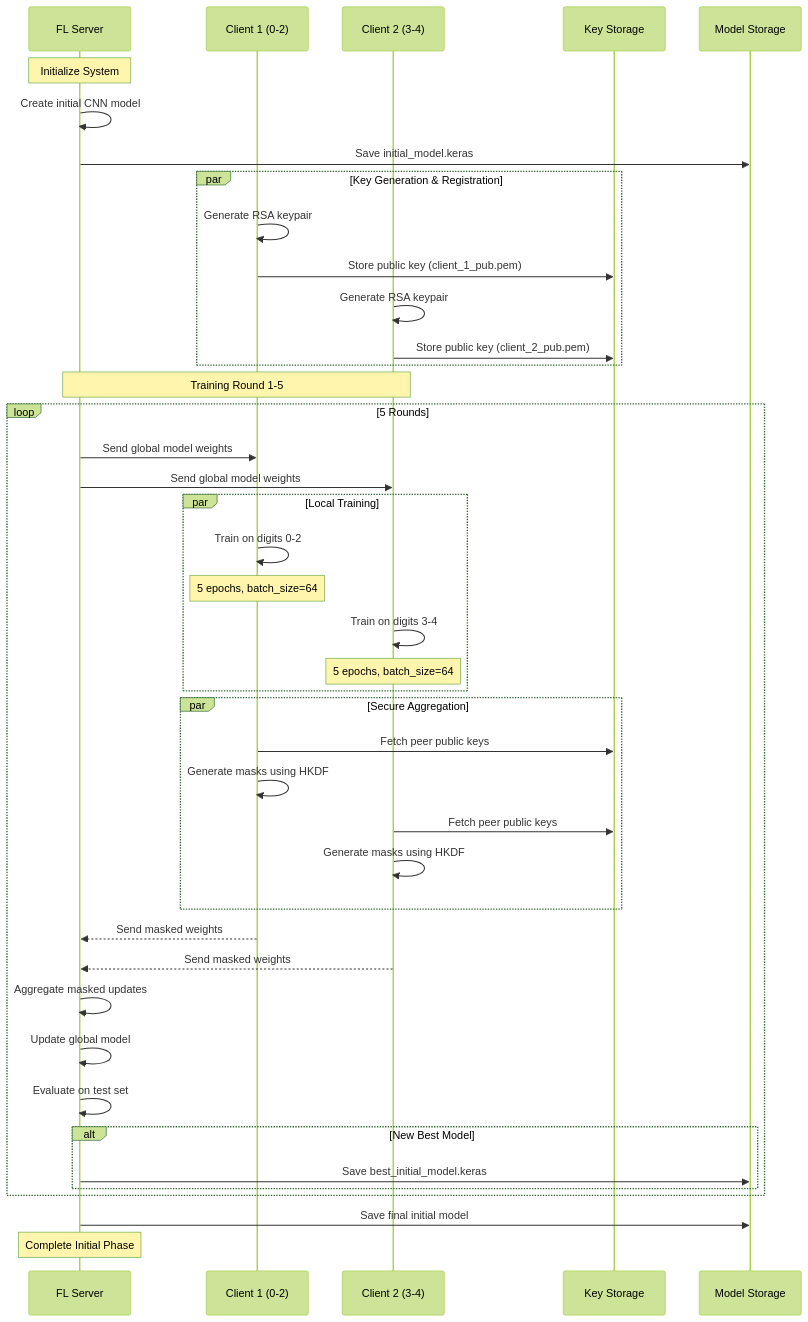
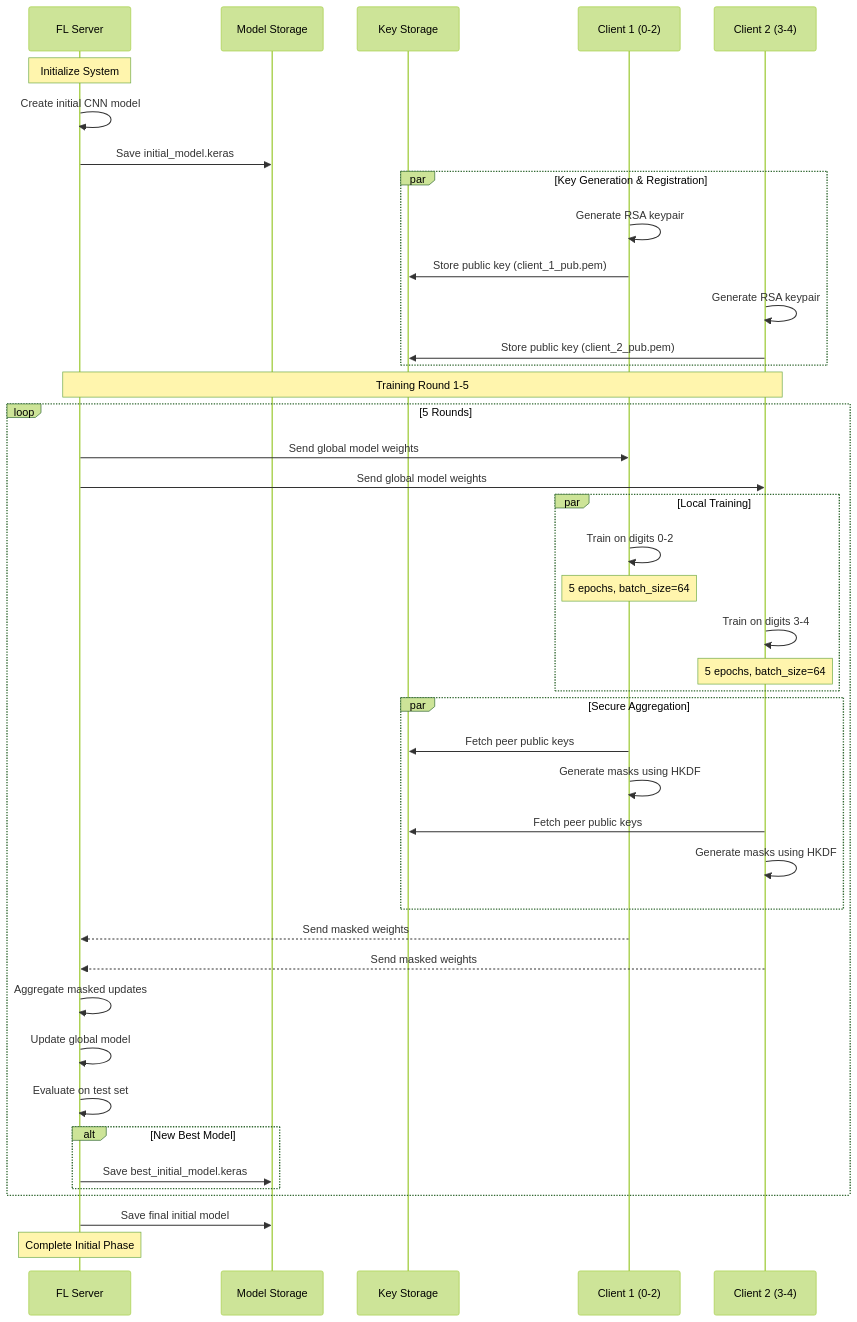
The diagram in INITIAL_PHASE.md (tranlybuu/Federated-Learning), drawn with Mermaid (forest theme) before and after one commit.

````diff
--- a/INITIAL_PHASE.md
+++ b/INITIAL_PHASE.md
@@ -1,52 +1,53 @@
 ```mermaid
 sequenceDiagram
     participant S as FL Server
+    participant MS as Model Storage
+    participant KS as Key Storage
     participant C1 as Client 1 (0-2)
     participant C2 as Client 2 (3-4)
-    participant KS as Key Storage
-    participant MS as Model Storage
+
 
     Note over S: Initialize System
     S->>S: Create initial CNN model
     S->>MS: Save initial_model.keras
     
     par Key Generation & Registration
         C1->>C1: Generate RSA keypair
         C1->>KS: Store public key (client_1_pub.pem)
         C2->>C2: Generate RSA keypair
         C2->>KS: Store public key (client_2_pub.pem)
     end
 
     Note over S,C2: Training Round 1-5
     loop 5 Rounds
         S->>C1: Send global model weights
         S->>C2: Send global model weights
         
         par Local Training
             C1->>C1: Train on digits 0-2
             Note over C1: 5 epochs, batch_size=64
             C2->>C2: Train on digits 3-4 
             Note over C2: 5 epochs, batch_size=64
         end
 
         par Secure Aggregation
             C1->>KS: Fetch peer public keys
             C1->>C1: Generate masks using HKDF
             C2->>KS: Fetch peer public keys
             C2->>C2: Generate masks using HKDF
         end
 
         C1-->>S: Send masked weights
         C2-->>S: Send masked weights
 
         S->>S: Aggregate masked updates
         S->>S: Update global model
         S->>S: Evaluate on test set
         alt New Best Model
             S->>MS: Save best_initial_model.keras
         end
     end
 
     S->>MS: Save final initial model
     Note over S: Complete Initial Phase
 ```
````
